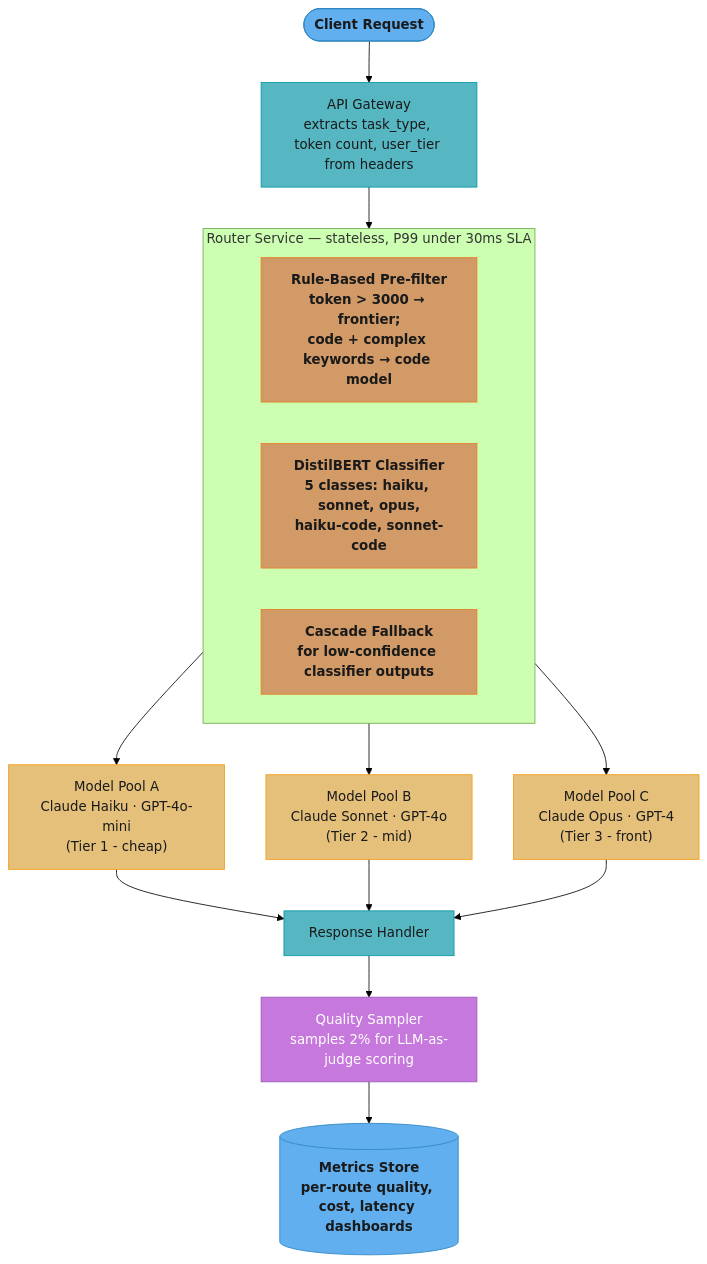
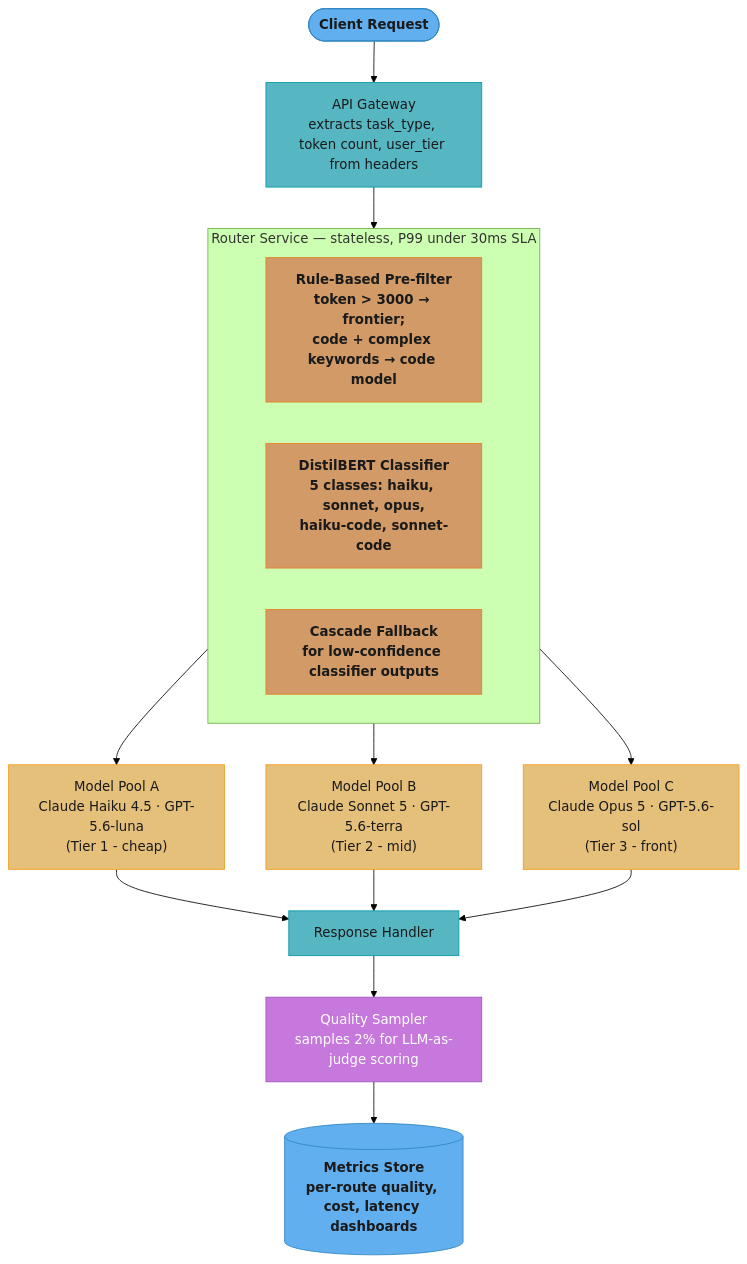
One commit to rppol/system-design changed the sixth of 6 diagrams in src/main/java/com/rutik/systemdesign/llm/llm_routing_and_model_selection/README.md. Above: the diagram before and after it, drawn with Mermaid (forest theme). The commit also changed other lines of this file and 113 other files, not shown here.

````diff
--- a/src/main/java/com/rutik/systemdesign/llm/llm_routing_and_model_selection/README.md
+++ b/src/main/java/com/rutik/systemdesign/llm/llm_routing_and_model_selection/README.md
@@ -895,42 +918,42 @@
 ```mermaid
 flowchart TD
     classDef io      fill:#61afef,stroke:#2e86c1,color:#1a1a1a,font-weight:bold
     classDef frozen  fill:#c678dd,stroke:#9b59b6,color:#fff
     classDef train   fill:#98c379,stroke:#27ae60,color:#1a1a1a
     classDef mathOp  fill:#d19a66,stroke:#e67e22,color:#1a1a1a,font-weight:bold
     classDef lossN   fill:#e06c75,stroke:#c0392b,color:#fff,font-weight:bold
     classDef req     fill:#56b6c2,stroke:#0097a7,color:#1a1a1a
     classDef base    fill:#e5c07b,stroke:#f39c12,color:#1a1a1a
 
     REQ([Client Request])
     GW["API Gateway\nextracts task_type, token count, user_tier from headers"]
 
     subgraph RSG["Router Service — stateless, P99 under 30ms SLA"]
         RB["Rule-Based Pre-filter\ntoken > 3000 → frontier;\ncode + complex keywords → code model"]
         CL["DistilBERT Classifier\n5 classes: haiku, sonnet, opus,\nhaiku-code, sonnet-code"]
         CF["Cascade Fallback\nfor low-confidence classifier outputs"]
     end
 
-    PA["Model Pool A\nClaude Haiku · GPT-4o-mini\n(Tier 1 - cheap)"]
-    PB["Model Pool B\nClaude Sonnet · GPT-4o\n(Tier 2 - mid)"]
-    PC["Model Pool C\nClaude Opus · GPT-4\n(Tier 3 - front)"]
+    PA["Model Pool A\nClaude Haiku 4.5 · GPT-5.6-luna\n(Tier 1 - cheap)"]
+    PB["Model Pool B\nClaude Sonnet 5 · GPT-5.6-terra\n(Tier 2 - mid)"]
+    PC["Model Pool C\nClaude Opus 5 · GPT-5.6-sol\n(Tier 3 - front)"]
     RH["Response Handler"]
     QS["Quality Sampler\nsamples 2% for LLM-as-judge scoring"]
     MS[("Metrics Store\nper-route quality, cost, latency dashboards")]
 
     REQ --> GW --> RSG
     RSG --> PA
     RSG --> PB
     RSG --> PC
     PA --> RH
     PB --> RH
     PC --> RH
     RH --> QS --> MS
 
     class REQ io
     class GW,RH req
     class RB,CL,CF mathOp
     class PA,PB,PC base
     class QS frozen
     class MS io
 ```
````
